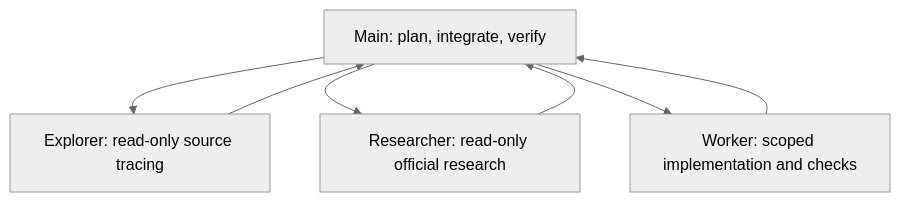
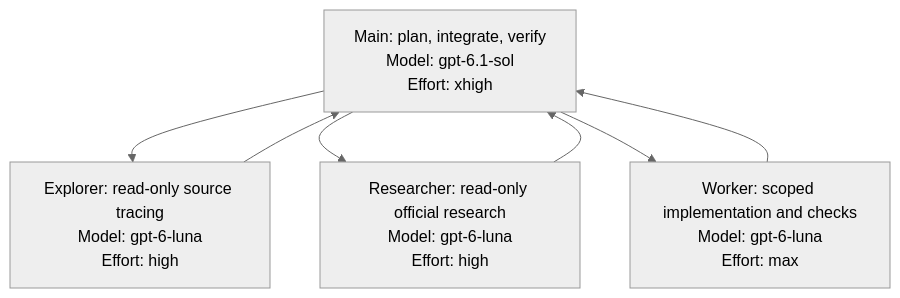
Before and after one commit to NidAll/codex-workspace-template: the diagram in README.md, drawn with Mermaid (neutral theme).

Commit message:
Show agent models and reasoning effort in README diagram

````diff
--- a/README.md
+++ b/README.md
@@ -10,10 +10,10 @@
 ```mermaid
 flowchart TD
-    Main[Main: plan, integrate, verify]
-    Main --> Explorer[Explorer: read-only source tracing]
-    Main --> Researcher[Researcher: read-only official research]
-    Main --> Worker[Worker: scoped implementation and checks]
+    Main["Main: plan, integrate, verify<br/>Model: gpt-6.1-sol<br/>Effort: xhigh"]
+    Main --> Explorer["Explorer: read-only source tracing<br/>Model: gpt-6-luna<br/>Effort: high"]
+    Main --> Researcher["Researcher: read-only official research<br/>Model: gpt-6-luna<br/>Effort: high"]
+    Main --> Worker["Worker: scoped implementation and checks<br/>Model: gpt-6-luna<br/>Effort: max"]
     Explorer --> Main
     Researcher --> Main
     Worker --> Main
 ```
````
